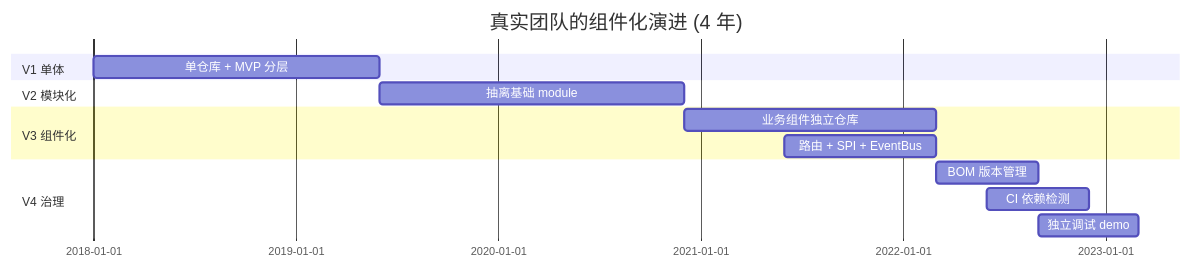
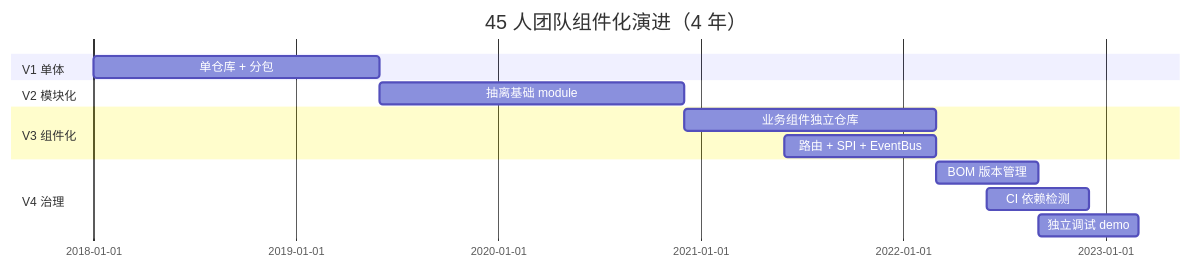
Before and after one commit to chongyang211/YCBookBlog: the ninth of 10 diagrams in docs/10.真经/05.方案设计思想/02.组件化方案的设计.md, drawn with Mermaid. The commit also changed other lines of this file and 36 other files, not shown here.

````diff
--- a/docs/10.真经/05.方案设计思想/02.组件化方案的设计.md
+++ b/docs/10.真经/05.方案设计思想/02.组件化方案的设计.md
@@ -639,20 +847,20 @@
 ```mermaid
 gantt
-    title 真实团队的组件化演进 (4 年)
+    title 45 人团队组件化演进（4 年）
     dateFormat  YYYY-MM
     
     section V1 单体
-    单仓库 + MVP 分层      :2018-01, 2019-06
+    单仓库 + 分包           :2018-01, 2019-06
     
     section V2 模块化
-    抽离基础 module        :2019-06, 2020-12
+    抽离基础 module         :2019-06, 2020-12
     
     section V3 组件化
-    业务组件独立仓库       :2020-12, 2022-03
-    路由 + SPI + EventBus  :2021-06, 2022-03
+    业务组件独立仓库        :2020-12, 2022-03
+    路由 + SPI + EventBus   :2021-06, 2022-03
     
     section V4 治理
-    BOM 版本管理            :2022-03, 2022-09
-    CI 依赖检测            :2022-06, 2022-12
-    独立调试 demo          :2022-09, 2023-03
+    BOM 版本管理             :2022-03, 2022-09
+    CI 依赖检测              :2022-06, 2022-12
+    独立调试 demo            :2022-09, 2023-03
 ```
````
